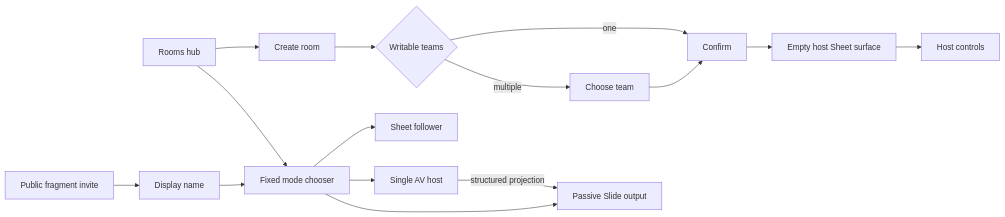
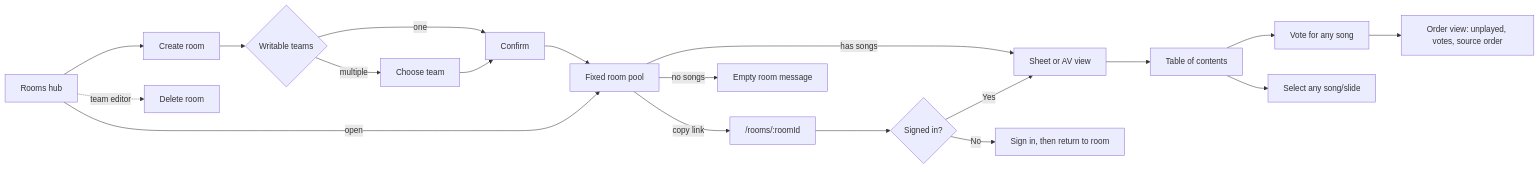
Diagram 50 of 57 in docs/architecture/frontend-user-flows.md (xilefmusics/worshipviewer), drawn with Mermaid before and after one commit. The commit also changed other lines of this file and 89 other files, not shown here.

````diff
--- a/docs/architecture/frontend-user-flows.md
+++ b/docs/architecture/frontend-user-flows.md
@@ -885,15 +885,20 @@
 ```mermaid
 flowchart LR
     list["Rooms hub"] --> create["Create room"]
     create --> teams{"Writable teams"}
     teams -->|"one"| confirm["Confirm"]
     teams -->|"multiple"| choose["Choose team"] --> confirm
-    confirm --> empty["Empty host Sheet surface"]
-    list --> chooser["Fixed mode chooser"]
-    invite["Public fragment invite"] --> name["Display name"] --> chooser
-    chooser --> sheet["Sheet follower"]
-    chooser --> av["Single AV host"]
-    chooser --> slide["Passive Slide output"]
-    empty --> host["Host controls"]
-    av -->|"structured projection"| slide
+    confirm --> room["Fixed room pool"]
+    list -->|"open"| room
+    room -->|"copy link"| link["/rooms/:roomId"]
+    room -->|"has songs"| player["Sheet or AV view"]
+    link --> signedIn{"Signed in?"}
+    signedIn -->|"No"| login["Sign in, then return to room"]
+    signedIn -->|"Yes"| player
+    player --> toc["Table of contents"]
+    toc --> vote["Vote for any song"]
+    toc --> select["Select any song/slide"]
+    vote --> ranking["Order view: unplayed, votes, source order"]
+    list -.->|"team editor"| delete["Delete room"]
+    room -->|"no songs"| empty["Empty room message"]
 ```
````
